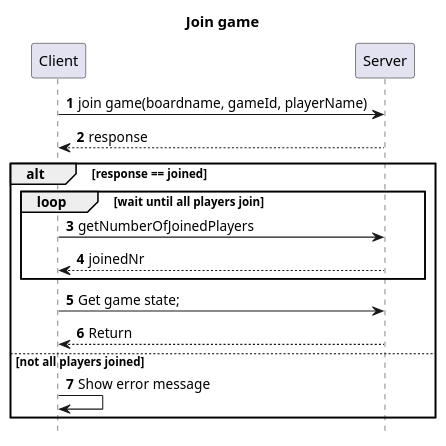
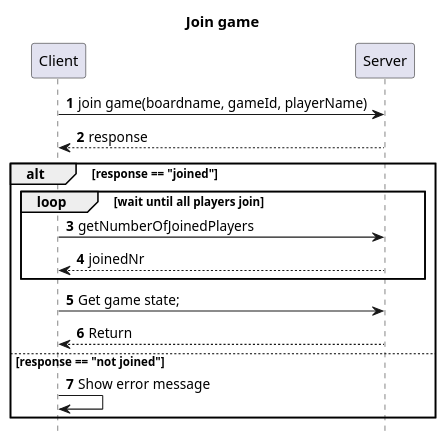
The diagram in PlantUML/JoinGameDiagram.puml (MarkBidstrup/RoboRally), drawn with PlantUML before and after one commit. The commit also changed 1 other file, not shown here.

Commit message:
fixed sequence diagram

```diff
--- a/PlantUML/JoinGameDiagram.puml
+++ b/PlantUML/JoinGameDiagram.puml
@@ -1,20 +1,20 @@
 @startuml
 'https://plantuml.com/sequence-diagram
 hide footbox
 
 autonumber
 title Join game
 
 Client -> Server: join game(boardname, gameId, playerName)
 Client <-- Server: response
-alt response == joined
+alt response == "joined"
     loop wait until all players join
         Client -> Server: getNumberOfJoinedPlayers
         Client <-- Server: joinedNr
     end
     Client->Server: Get game state;
     Client <-- Server: Return
-else not all players joined
+else response == "not joined"
     Client->Client: Show error message
 end
 @enduml
```
